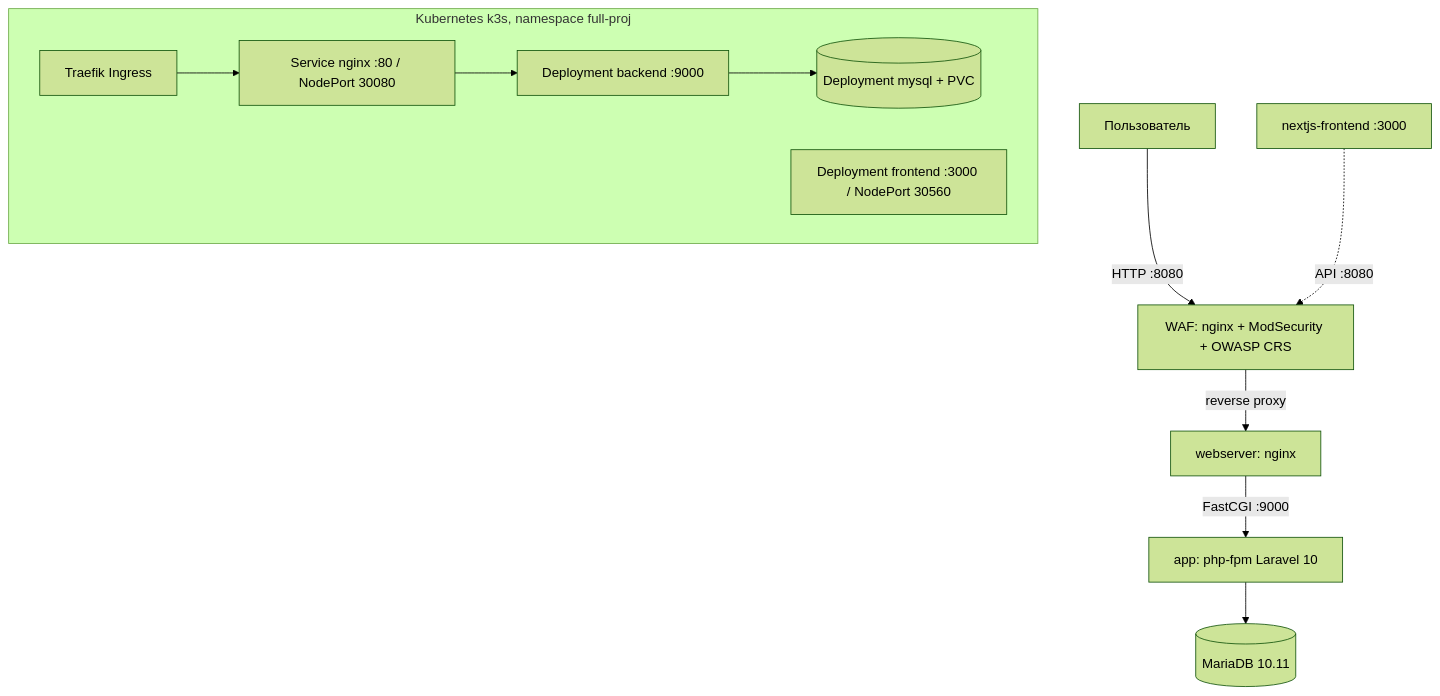
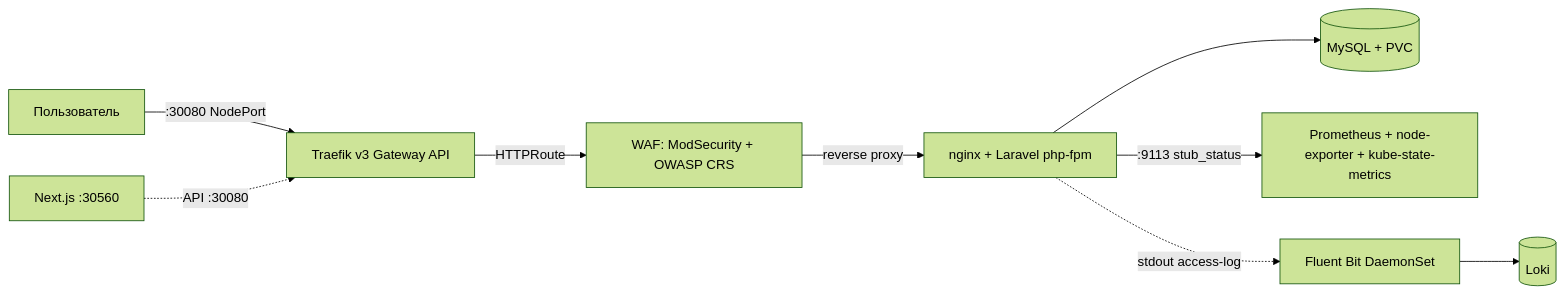
One commit to Beasbe/full_proj changed the diagram in docs/README.md. Above: the diagram before and after it, drawn with Mermaid (forest theme). The commit also changed other lines of this file and 32 other files, not shown here.

First line of the commit message:
feat: полный контур кейса на k3s — Gateway API, WAF в K8s, Prometheus, Fluent Bit+Loki

````diff
--- a/docs/README.md
+++ b/docs/README.md
@@ -27,15 +27,10 @@
 ```mermaid
-flowchart TB
-    U[Пользователь] -->|HTTP :8080| WAF[WAF: nginx + ModSecurity + OWASP CRS]
-    WAF -->|reverse proxy| WS[webserver: nginx]
-    WS -->|FastCGI :9000| APP[app: php-fpm Laravel 10]
-    APP --> DB[(MariaDB 10.11)]
-    FE[nextjs-frontend :3000] -.->|API :8080| WAF
-
-    subgraph K8S[Kubernetes k3s, namespace full-proj]
-        ING[Traefik Ingress] --> NGX[Service nginx :80 / NodePort 30080]
-        NGX --> B[Deployment backend :9000]
-        B --> M[(Deployment mysql + PVC)]
-        F[Deployment frontend :3000 / NodePort 30560]
-    end
+flowchart LR
+    U[Пользователь] -->|:30080 NodePort| G[Traefik v3 Gateway API]
+    G -->|HTTPRoute| WAF[WAF: ModSecurity + OWASP CRS]
+    WAF -->|reverse proxy| NX[nginx + Laravel php-fpm]
+    NX --> DB[(MySQL + PVC)]
+    FE[Next.js :30560] -.->|API :30080| G
+    NX -->|:9113 stub_status| P[Prometheus + node-exporter + kube-state-metrics]
+    NX -.->|stdout access-log| FB[Fluent Bit DaemonSet] --> L[(Loki)]
 ```
````
